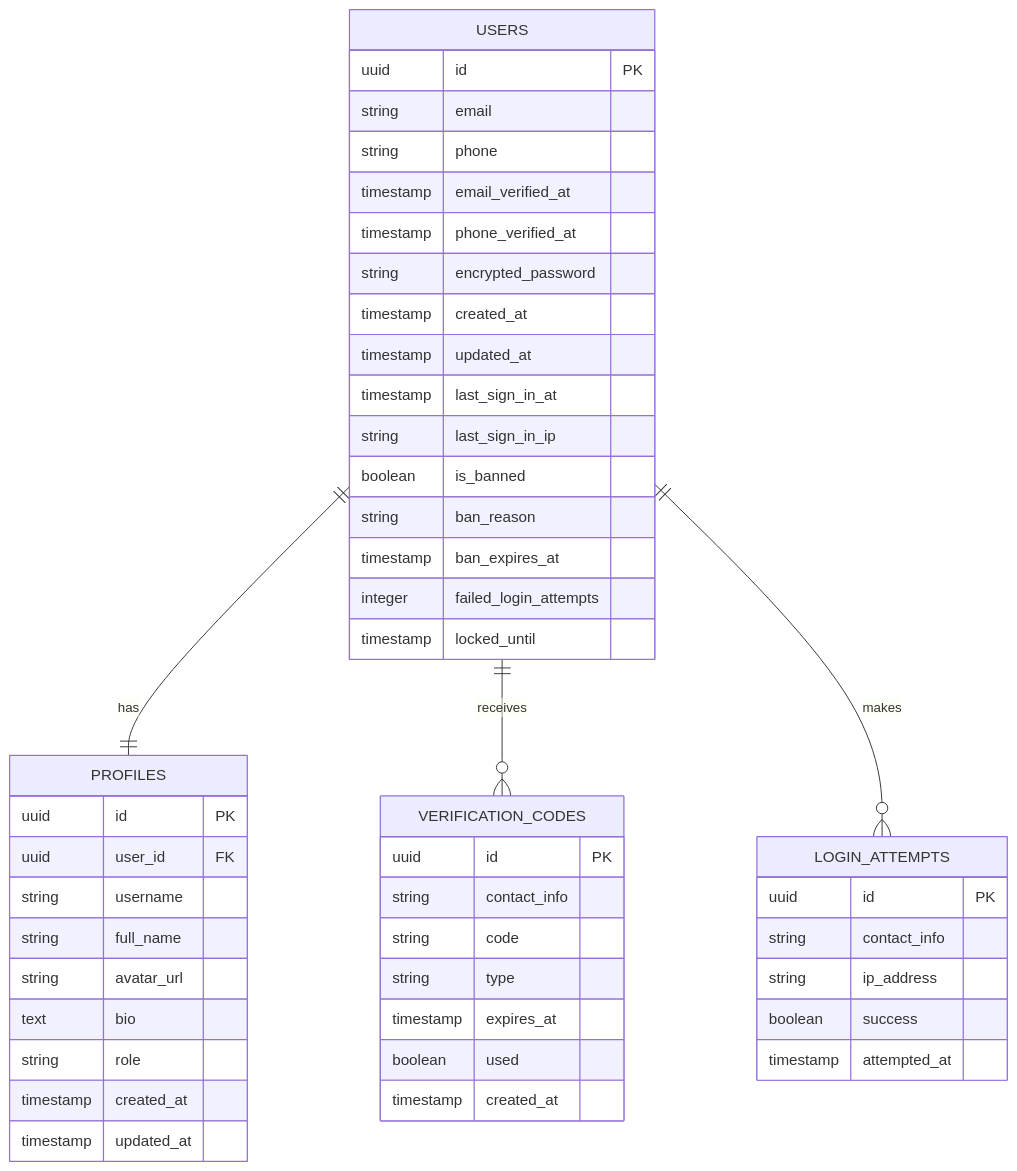
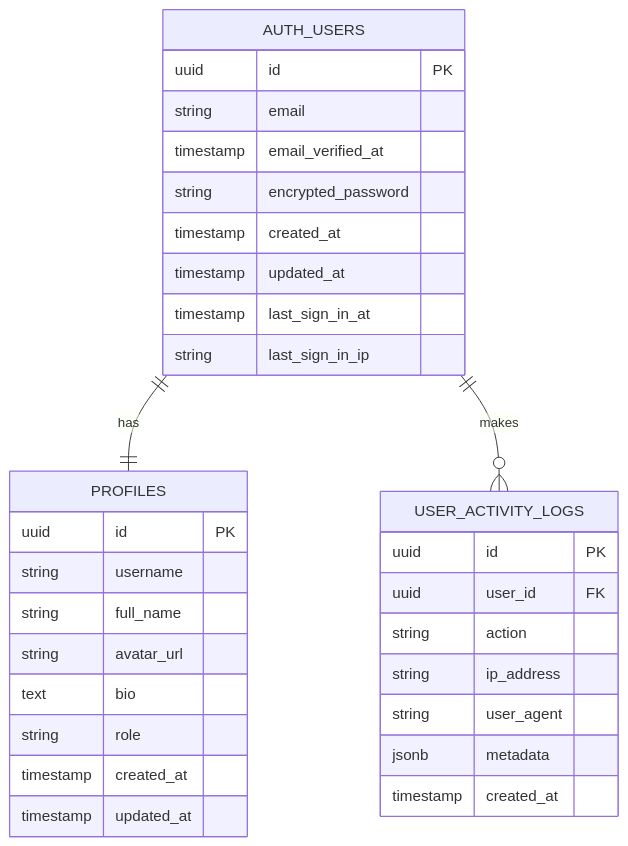
The second of 2 diagrams in docs/spec/user-auth/design.md (warren-wupeng/areo-gallery), drawn with Mermaid before and after one commit. The commit also changed other lines of this file and 34 other files, not shown here.

Commit message:
新增航空摄影图库项目的Docker配置文件和部署指南，包含Dockerfile、.dockerignore、fly.toml等，旨在简化项目的容器化部署流程，并提供详细的Fly.io部署步骤和环境变量设置，提升开发和运维效率。

````diff
--- a/docs/spec/user-auth/design.md
+++ b/docs/spec/user-auth/design.md
@@ -163,54 +148,37 @@
 ```mermaid
 erDiagram
-    USERS {
+    AUTH_USERS {
         uuid id PK
         string email
-        string phone
         timestamp email_verified_at
-        timestamp phone_verified_at
         string encrypted_password
         timestamp created_at
         timestamp updated_at
         timestamp last_sign_in_at
         string last_sign_in_ip
-        boolean is_banned
-        string ban_reason
-        timestamp ban_expires_at
-        integer failed_login_attempts
-        timestamp locked_until
     }
     
     PROFILES {
         uuid id PK
-        uuid user_id FK
         string username
         string full_name
         string avatar_url
         text bio
         string role
         timestamp created_at
         timestamp updated_at
     }
     
-    VERIFICATION_CODES {
+    USER_ACTIVITY_LOGS {
         uuid id PK
-        string contact_info
-        string code
-        string type
-        timestamp expires_at
-        boolean used
+        uuid user_id FK
+        string action
+        string ip_address
+        string user_agent
+        jsonb metadata
         timestamp created_at
     }
     
-    LOGIN_ATTEMPTS {
-        uuid id PK
-        string contact_info
-        string ip_address
-        boolean success
-        timestamp attempted_at
-    }
-    
-    USERS ||--|| PROFILES : has
-    USERS ||--o{ VERIFICATION_CODES : receives
-    USERS ||--o{ LOGIN_ATTEMPTS : makes
+    AUTH_USERS ||--|| PROFILES : has
+    AUTH_USERS ||--o{ USER_ACTIVITY_LOGS : makes
 ```
````
